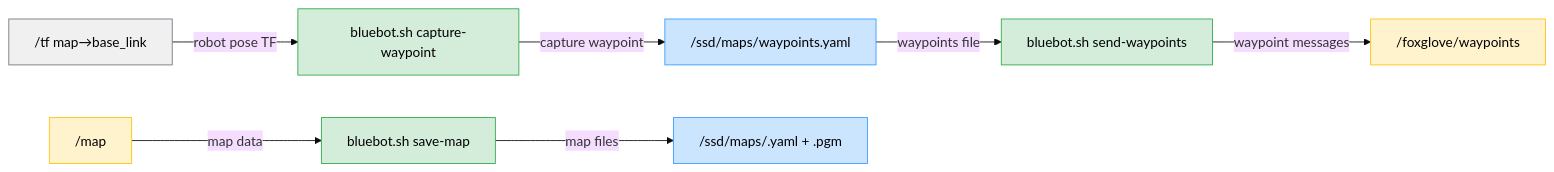
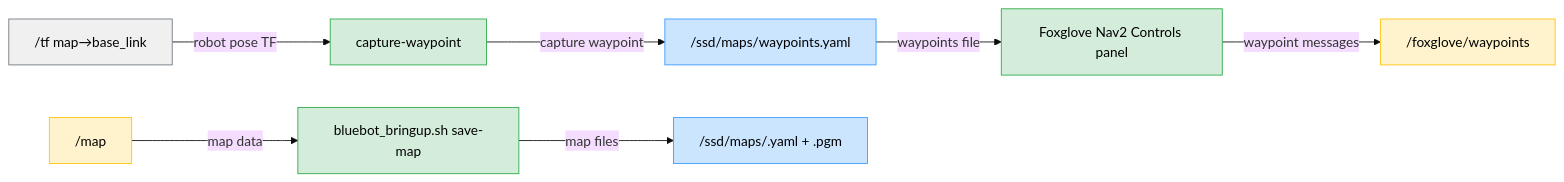
Before and after one commit to NinjaGirlGmr/bluebot: the fifth of 5 diagrams in scripts/ROS2_STACK_FLOW.md, drawn with Mermaid (base theme). The commit also changed other lines of this file and 10 other files, not shown here.

````diff
--- a/scripts/ROS2_STACK_FLOW.md
+++ b/scripts/ROS2_STACK_FLOW.md
@@ -329,31 +329,31 @@
 ```mermaid
 flowchart LR
 %% ---------- STYLE DEFINITIONS ----------
 classDef tf fill:#f0f0f0,stroke:#6c757d,stroke-width:1px,color:#000;
 classDef capture fill:#d4edda,stroke:#28a745,stroke-width:1px,color:#000;
 classDef fileops fill:#cce5ff,stroke:#3399ff,stroke-width:1px,color:#000;
 classDef topics fill:#fff3cd,stroke:#ffc107,stroke-width:1px,color:#000;
 
 %% ---------- TF ----------
 TF["/tf map→base_link"]:::tf
 
 %% ---------- WAYPOINT CAPTURE ----------
-Capture["bluebot.sh capture-waypoint"]:::capture
+Capture["capture-waypoint"]:::capture
 YAML["/ssd/maps/waypoints.yaml"]:::fileops
-Send["bluebot.sh send-waypoints"]:::capture
+Send["Foxglove Nav2 Controls panel"]:::capture
 PoseArray["/foxglove/waypoints"]:::topics
 
 %% ---------- MAP SAVE ----------
 Map["/map"]:::topics
-SaveMap["bluebot.sh save-map"]:::capture
+SaveMap["bluebot_bringup.sh save-map"]:::capture
 MapFiles["/ssd/maps/<name>.yaml + .pgm"]:::fileops
 
 %% ---------- DATA FLOW ----------
 TF -->|robot pose TF| Capture
 Capture -->|capture waypoint| YAML
 YAML -->|waypoints file| Send
 Send -->|waypoint messages| PoseArray
 
 Map -->|map data| SaveMap
 SaveMap -->|map files| MapFiles
 ```
````
